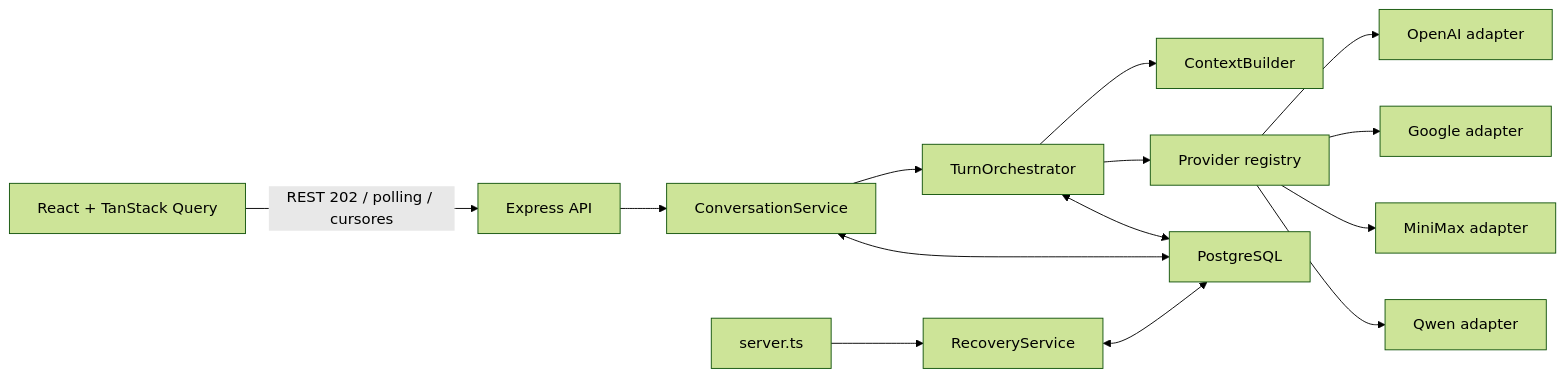
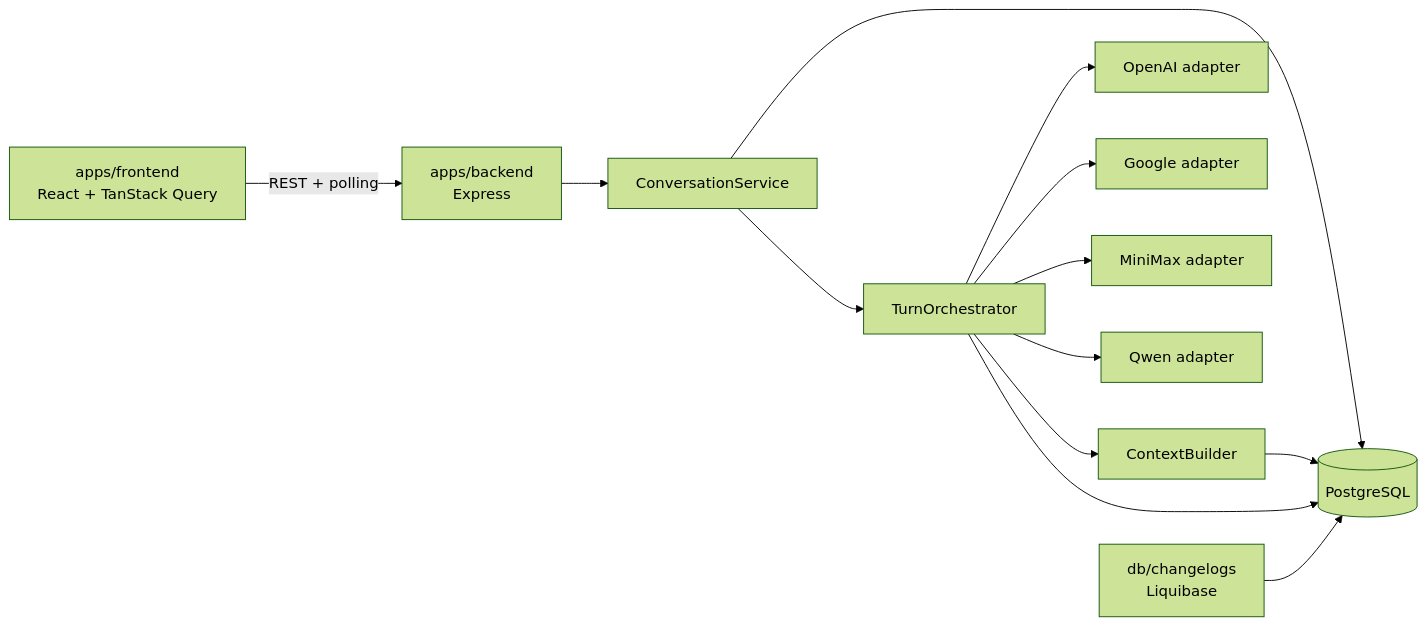
The diagram in specs/001-compare-llm-responses/plan.md (junforever/modelfuse), drawn with Mermaid (forest theme) before and after one commit. The commit also changed other lines of this file and 7 other files, not shown here.

````diff
--- a/specs/001-compare-llm-responses/plan.md
+++ b/specs/001-compare-llm-responses/plan.md
@@ -143,16 +83,15 @@
 ```mermaid
 flowchart LR
-    UI["React + TanStack Query"] -->|"REST 202 / polling / cursores"| API["Express API"]
-    API --> SVC["ConversationService"]
-    SVC --> ORCH["TurnOrchestrator"]
+    UI["apps/frontend<br/>React + TanStack Query"] -->|REST + polling| API["apps/backend<br/>Express"]
+    API --> CS["ConversationService"]
+    CS --> DB[("PostgreSQL")]
+    CS --> ORCH["TurnOrchestrator"]
     ORCH --> CTX["ContextBuilder"]
-    ORCH --> REG["Provider registry"]
-    REG --> OAI["OpenAI adapter"]
-    REG --> GGL["Google adapter"]
-    REG --> MM["MiniMax adapter"]
-    REG --> QW["Qwen adapter"]
-    ORCH <--> DB["PostgreSQL"]
-    SVC <--> DB
-    START["server.ts"] --> REC["RecoveryService"]
-    REC <--> DB
+    CTX --> DB
+    ORCH --> OA["OpenAI adapter"]
+    ORCH --> GG["Google adapter"]
+    ORCH --> MM["MiniMax adapter"]
+    ORCH --> QW["Qwen adapter"]
+    ORCH --> DB
+    LIQ["db/changelogs<br/>Liquibase"] --> DB
 ```
````
